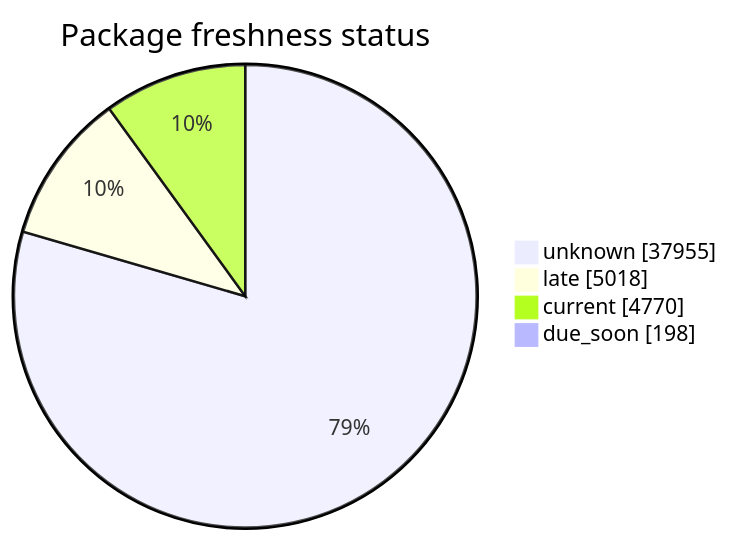
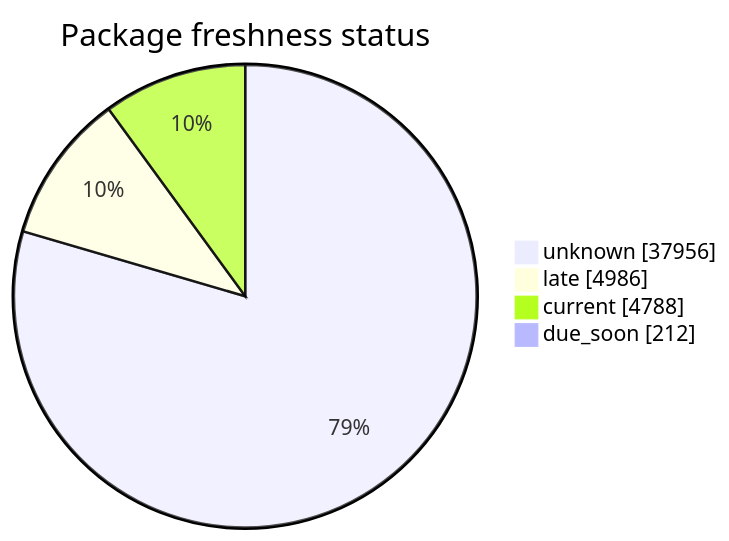
Before and after one commit to open-data/analytics-corporate-reporting: the second of 5 diagrams in FreshCheck/README.md, drawn with Mermaid. The commit also changed other lines of this file and 3 other files, not shown here.

````diff
--- a/FreshCheck/README.md
+++ b/FreshCheck/README.md
@@ -68,7 +68,7 @@
 ```mermaid
 pie showData title Package freshness status
-    "unknown": 37955
-    "late": 5018
-    "current": 4770
-    "due_soon": 198
+    "unknown": 37956
+    "late": 4986
+    "current": 4788
+    "due_soon": 212
 ```
````
